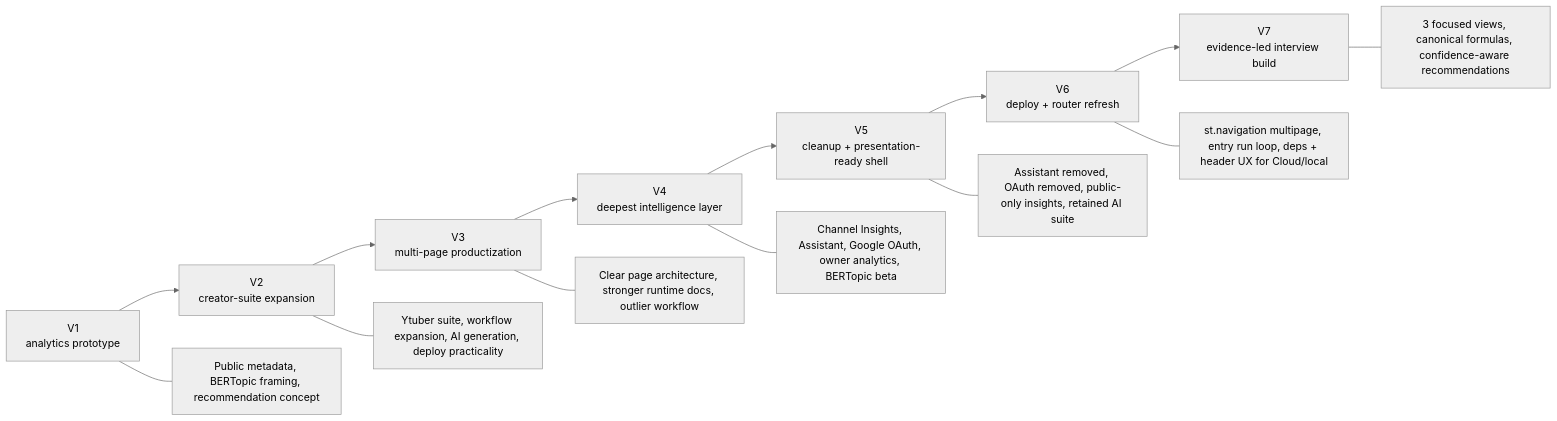
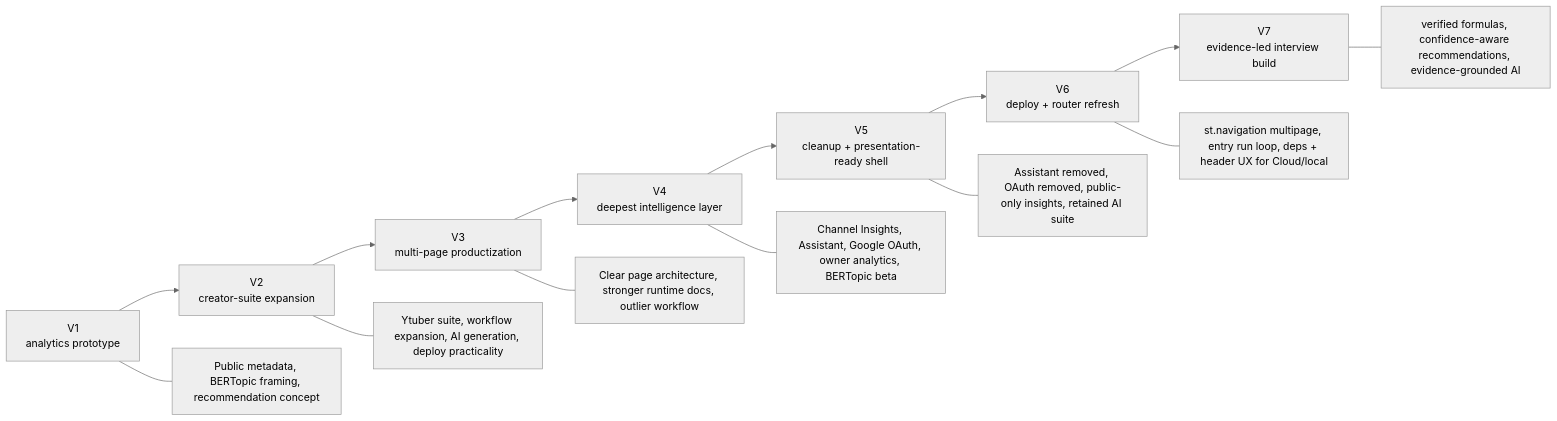
One commit to AsherJ07/purdue-youtube-ip-new changed the first of 6 diagrams in README.md. Above: the diagram before and after it, drawn with Mermaid (neutral theme). The commit also changed other lines of this file and 7 other files, not shown here.

````diff
--- a/README.md
+++ b/README.md
@@ -56,17 +58,17 @@
 ```mermaid
 flowchart LR
     V1["V1<br/>analytics prototype"] --> V2["V2<br/>creator-suite expansion"]
     V2 --> V3["V3<br/>multi-page productization"]
     V3 --> V4["V4<br/>deepest intelligence layer"]
     V4 --> V5["V5<br/>cleanup + presentation-ready shell"]
     V5 --> V6["V6<br/>deploy + router refresh"]
     V6 --> V7["V7<br/>evidence-led interview build"]
 
     V1 --- A1["Public metadata, BERTopic framing, recommendation concept"]
     V2 --- A2["Ytuber suite, workflow expansion, AI generation, deploy practicality"]
     V3 --- A3["Clear page architecture, stronger runtime docs, outlier workflow"]
     V4 --- A4["Channel Insights, Assistant, Google OAuth, owner analytics, BERTopic beta"]
     V5 --- A5["Assistant removed, OAuth removed, public-only insights, retained AI suite"]
     V6 --- A6["st.navigation multipage, entry run loop, deps + header UX for Cloud/local"]
-    V7 --- A7["3 focused views, canonical formulas, confidence-aware recommendations"]
+    V7 --- A7["verified formulas, confidence-aware recommendations, evidence-grounded AI"]
 ```
````
